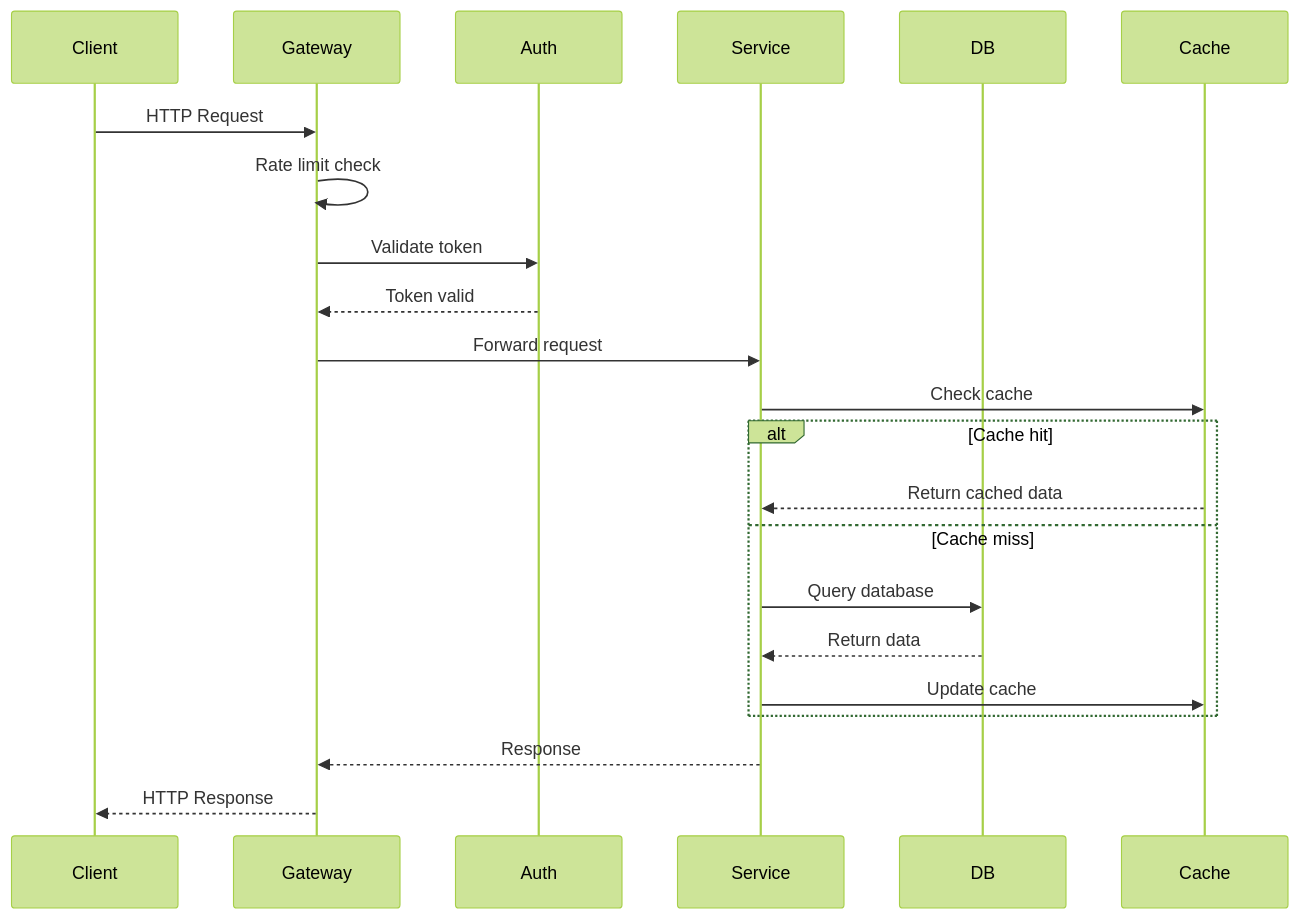
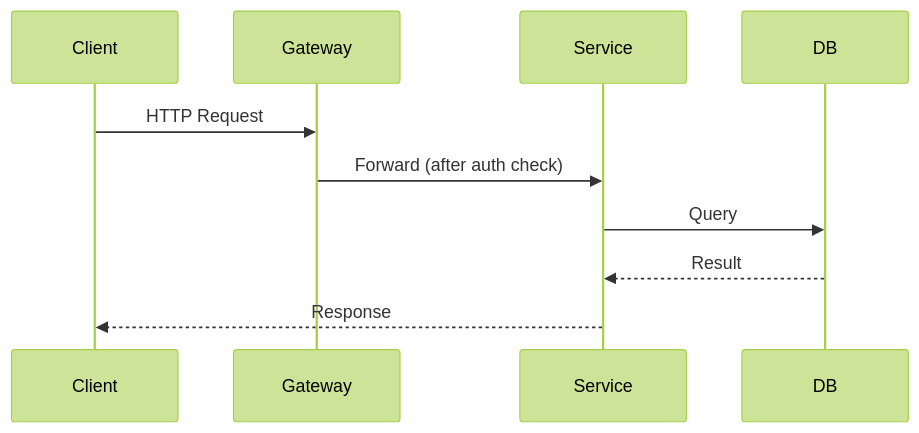
Before and after one commit to mgiovani/cc-arsenal: the diagram in skills/team-implement/references/spec-templates.md, drawn with Mermaid (forest theme). The commit also changed other lines of this file and 327 other files, not shown here.

````diff
--- a/skills/team-implement/references/spec-templates.md
+++ b/skills/team-implement/references/spec-templates.md
@@ -1062,25 +332,12 @@
 ```mermaid
 sequenceDiagram
     participant Client
     participant Gateway
-    participant Auth
     participant Service
     participant DB
-    participant Cache
-
     Client->>Gateway: HTTP Request
-    Gateway->>Gateway: Rate limit check
-    Gateway->>Auth: Validate token
-    Auth-->>Gateway: Token valid
-    Gateway->>Service: Forward request
-    Service->>Cache: Check cache
-    alt Cache hit
-        Cache-->>Service: Return cached data
-    else Cache miss
-        Service->>DB: Query database
-        DB-->>Service: Return data
-        Service->>Cache: Update cache
-    end
-    Service-->>Gateway: Response
-    Gateway-->>Client: HTTP Response
+    Gateway->>Service: Forward (after auth check)
+    Service->>DB: Query
+    DB-->>Service: Result
+    Service-->>Client: Response
 ```
````
